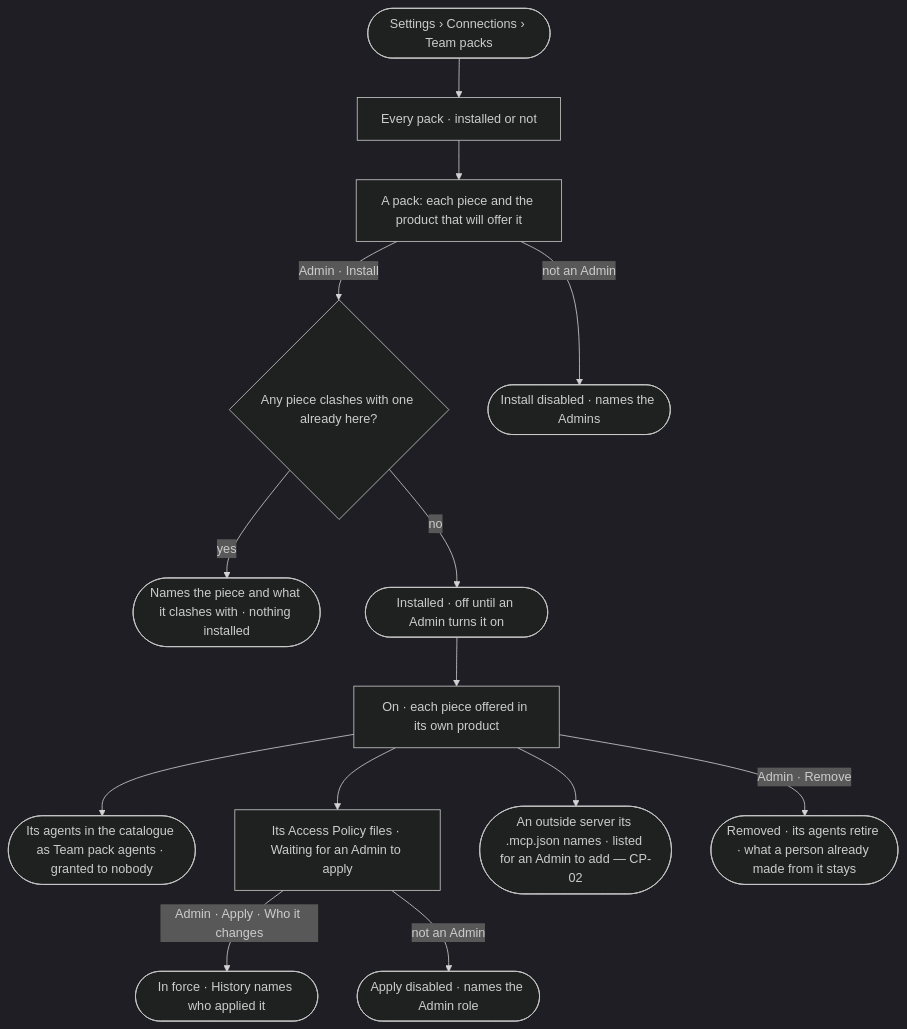
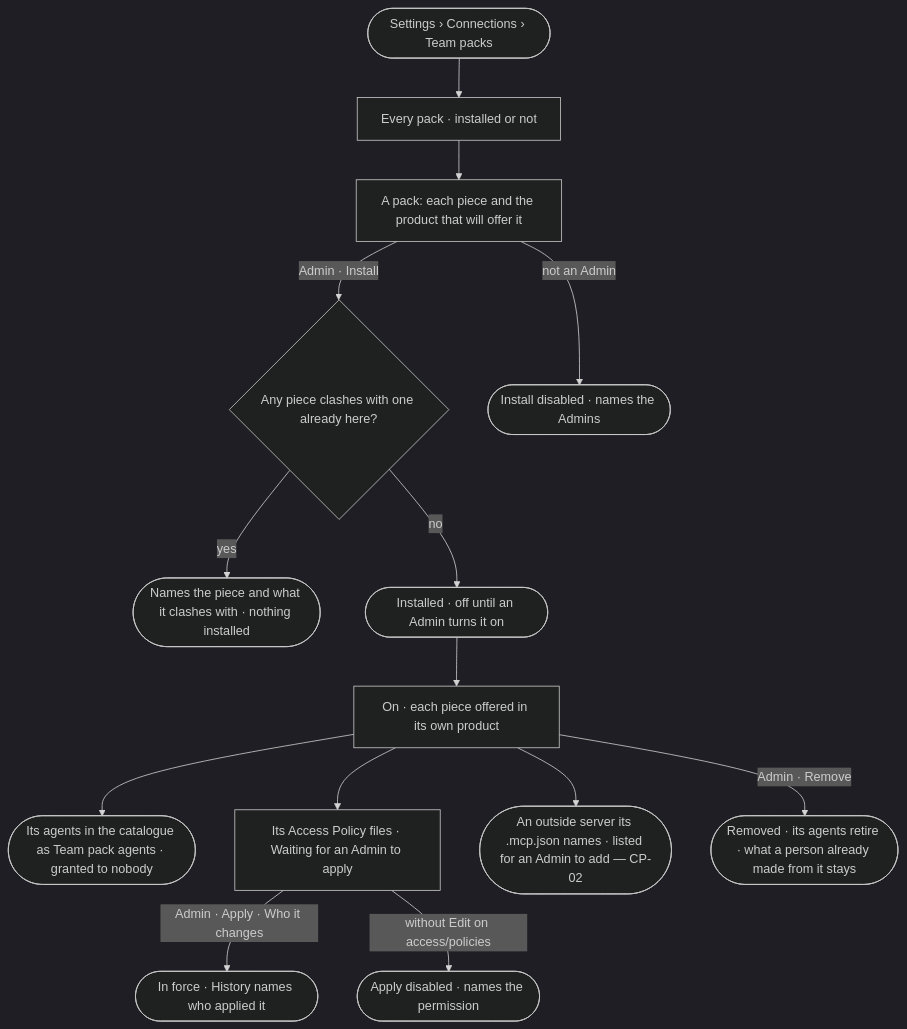
One commit to invana/invana changed the diagram in specs/os/control/features/CP-F02-plugins-and-outside-tools/stories/CP-20-install-a-team-pack/story.md. Above: the diagram before and after it, drawn with Mermaid (dark theme). The commit also changed other lines of this file and 228 other files, not shown here.

````diff
--- a/specs/os/control/features/CP-F02-plugins-and-outside-tools/stories/CP-20-install-a-team-pack/story.md
+++ b/specs/os/control/features/CP-F02-plugins-and-outside-tools/stories/CP-20-install-a-team-pack/story.md
@@ -31,16 +30,16 @@
 ```mermaid
 flowchart TD
   s([Settings › Connections › Team packs]) --> l["Every pack · installed or not"]
   l --> p["A pack: each piece and the product that will offer it"]
   p -->|Admin · Install| c{"Any piece clashes with one already here?"}
   c -->|yes| x(["Names the piece and what it clashes with · nothing installed"])
   c -->|no| i(["Installed · off until an Admin turns it on"])
   i --> on["On · each piece offered in its own product"]
   on --> ag(["Its agents in the catalogue as Team pack agents · granted to nobody"])
   on --> pol["Its Access Policy files · Waiting for an Admin to apply"]
   pol -->|Admin · Apply · Who it changes| ap(["In force · History names who applied it"])
-  pol -->|not an Admin| pd(["Apply disabled · names the Admin role"])
+  pol -->|without Edit on access/policies| pd(["Apply disabled · names the permission"])
   on --> sv(["An outside server its .mcp.json names · listed for an Admin to add — CP-02"])
   p -->|not an Admin| d(["Install disabled · names the Admins"])
   on -->|Admin · Remove| r(["Removed · its agents retire · what a person already made from it stays"])
 ```
````
